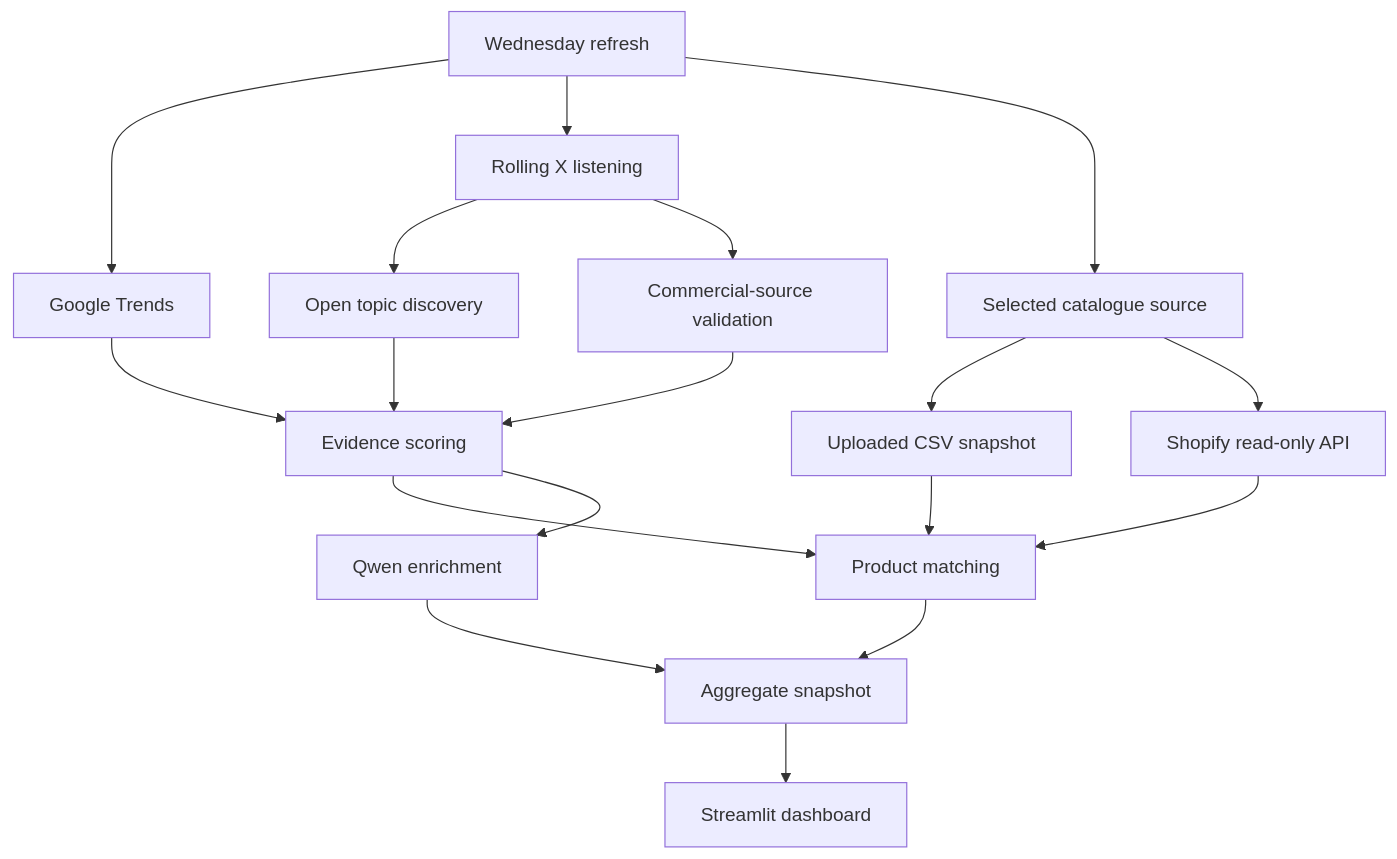
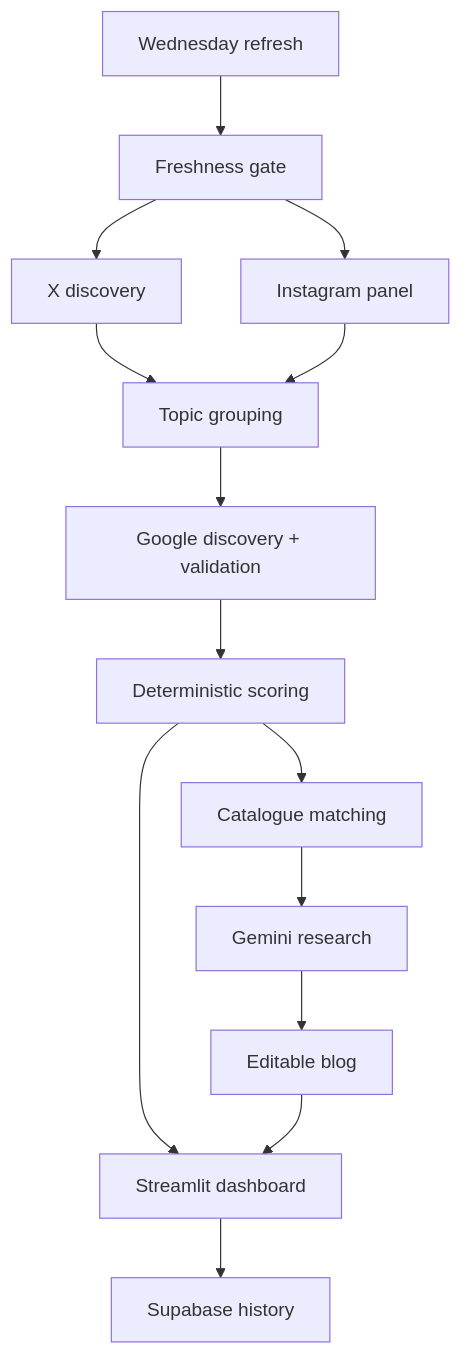
One commit to studiumvdanskucc-dot/hula-marketing-operations changed the diagram in README.md. Above: the diagram before and after it, drawn with Mermaid. The commit also changed other lines of this file and 39 other files, not shown here.

````diff
--- a/README.md
+++ b/README.md
@@ -28,20 +86,16 @@
 ```mermaid
 flowchart TD
-    A["Wednesday refresh"] --> B["Google Trends"]
-    A --> C["Rolling X listening"]
-    A --> D["Selected catalogue source"]
-    D --> D1["Uploaded CSV snapshot"]
-    D --> D2["Shopify read-only API"]
-    C --> C1["Open topic discovery"]
-    C --> C2["Commercial-source validation"]
-    B --> E["Evidence scoring"]
-    C1 --> E
-    C2 --> E
-    E --> F["Product matching"]
-    D1 --> F
-    D2 --> F
-    E --> G["Qwen enrichment"]
-    F --> H["Aggregate snapshot"]
-    G --> H
-    H --> I["Streamlit dashboard"]
+    A["Wednesday refresh"] --> B["Freshness gate"]
+    B --> C["X discovery"]
+    B --> D["Instagram panel"]
+    C --> E["Topic grouping"]
+    D --> E
+    E --> F["Google discovery + validation"]
+    F --> G["Deterministic scoring"]
+    G --> H["Catalogue matching"]
+    H --> I["Gemini research"]
+    I --> J["Editable blog"]
+    G --> K["Streamlit dashboard"]
+    J --> K
+    K --> L["Supabase history"]
 ```
````
